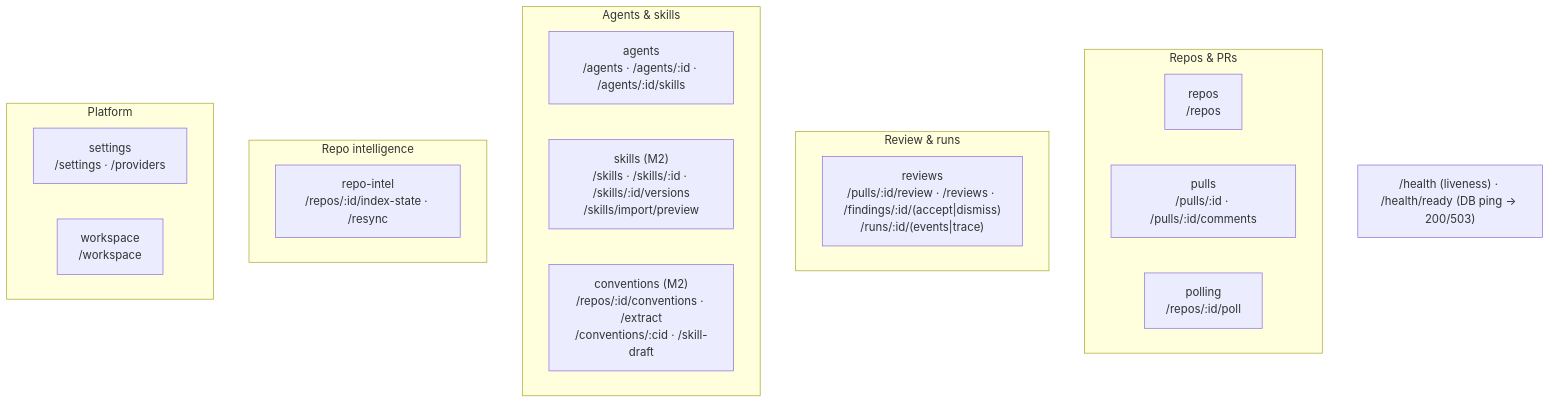
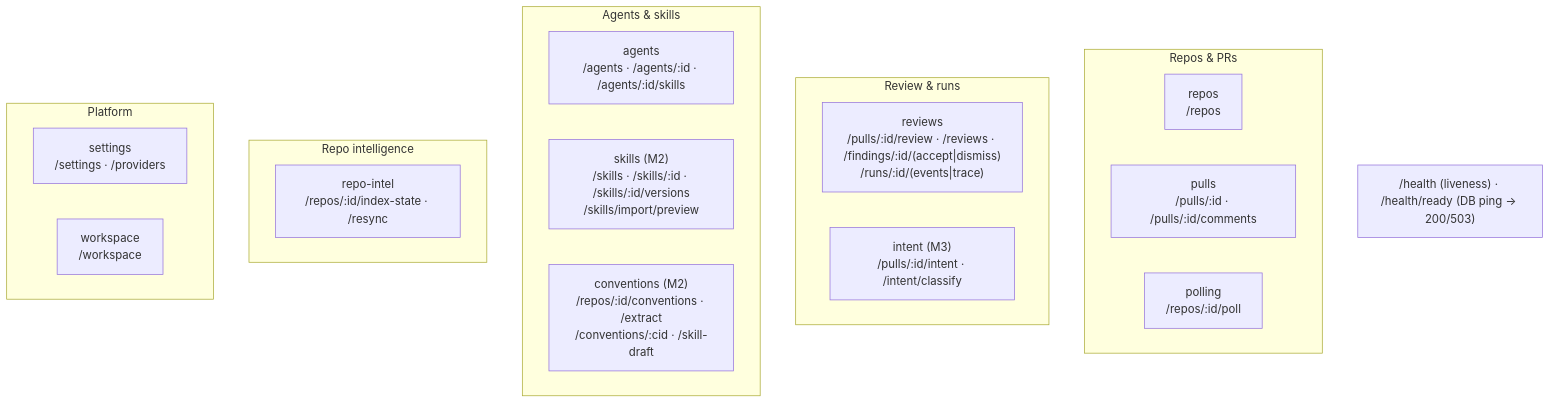
One commit to EduardPershyn/dev-digest changed the second of 2 diagrams in server/README.md. Above: the diagram before and after it, drawn with Mermaid. The commit also changed other lines of this file and 5 other files, not shown here.

````diff
--- a/server/README.md
+++ b/server/README.md
@@ -64,24 +64,25 @@
 ```mermaid
 flowchart TB
   subgraph Repos_PRs["Repos & PRs"]
     repos["repos<br/>/repos"]
     pulls["pulls<br/>/pulls/:id · /pulls/:id/comments"]
     polling["polling<br/>/repos/:id/poll"]
   end
   subgraph Review["Review & runs"]
     reviews["reviews<br/>/pulls/:id/review · /reviews · /findings/:id/(accept|dismiss)<br/>/runs/:id/(events|trace)"]
+    intent["intent (M3)<br/>/pulls/:id/intent · /intent/classify"]
   end
   subgraph Agents["Agents & skills"]
     agents["agents<br/>/agents · /agents/:id · /agents/:id/skills"]
     skills["skills (M2)<br/>/skills · /skills/:id · /skills/:id/versions<br/>/skills/import/preview"]
     conventions["conventions (M2)<br/>/repos/:id/conventions · /extract<br/>/conventions/:cid · /skill-draft"]
   end
   subgraph Intel["Repo intelligence"]
     repoIntel["repo-intel<br/>/repos/:id/index-state · /resync"]
   end
   subgraph Platform["Platform"]
     settings["settings<br/>/settings · /providers"]
     workspace["workspace<br/>/workspace"]
   end
   HEALTH["/health (liveness) · /health/ready (DB ping → 200/503)"]
 ```
````
